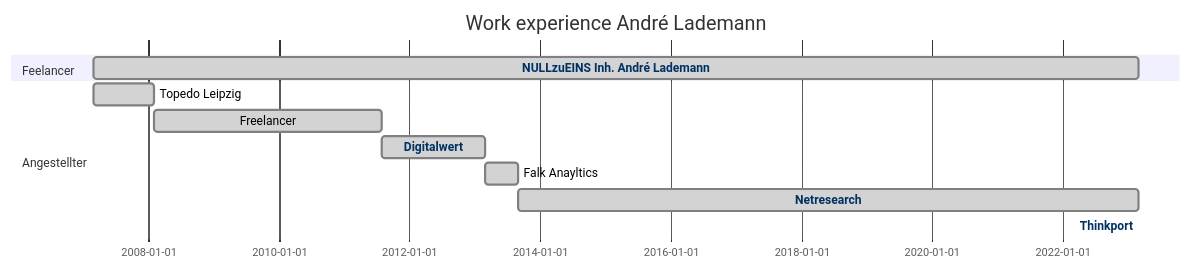
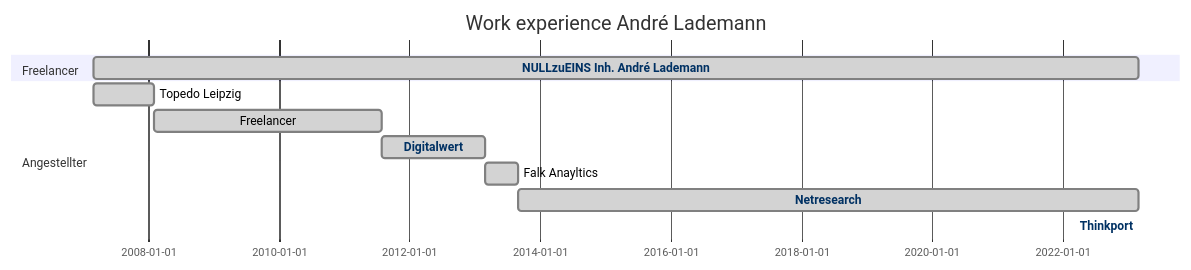
The diagram in README.md (vergissberlin/vergissberlin), drawn with Mermaid before and after one commit. The commit also changed other lines of this file, not shown here.

````diff
--- a/README.md
+++ b/README.md
@@ -154,22 +154,22 @@
 ```mermaid
 gantt
 	dateFormat YYYY-MM-DD
 	title      Work experience André Lademann
 
-	section Feelancer 
+	section Freelancer 
 		NULLzuEINS Inh. André Lademann  :done,  nze, 2007-03, 2023-03-01
 		click nze href "https://nullzueins.com"
 	
 	section Angestellter
 		Topedo Leipzig :done, emp1, 2007-03-01, 2008-02-01
 		Freelancer     :done, emp2, after emp1, 2011-08-01
 		Digitalwert    :done, emp3, after emp2, 2013-03-01
 		Falk Anayltics :done, emp4, after emp3, 2013-09-01
 		Netresearch    :done, emp5, after emp4, 2023-02-28
 		Thinkport      :active, emp6, after emp5, today
 	
 		click emp3 href "https://torpedo-motor.com"
 		click emp3 href "https://digitalwert.de"
 		click emp5 href "https://netresearch.de"
 		click emp6 href "https://thinkport.digital"
 ```
````
